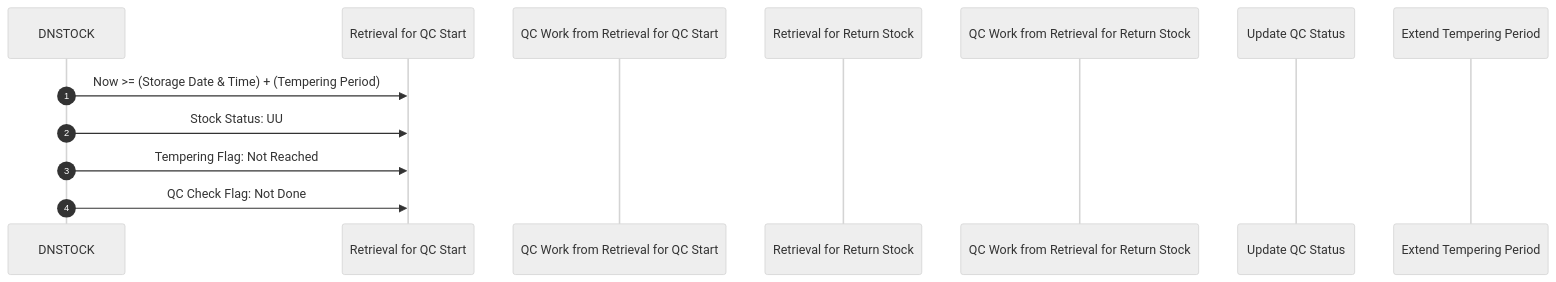
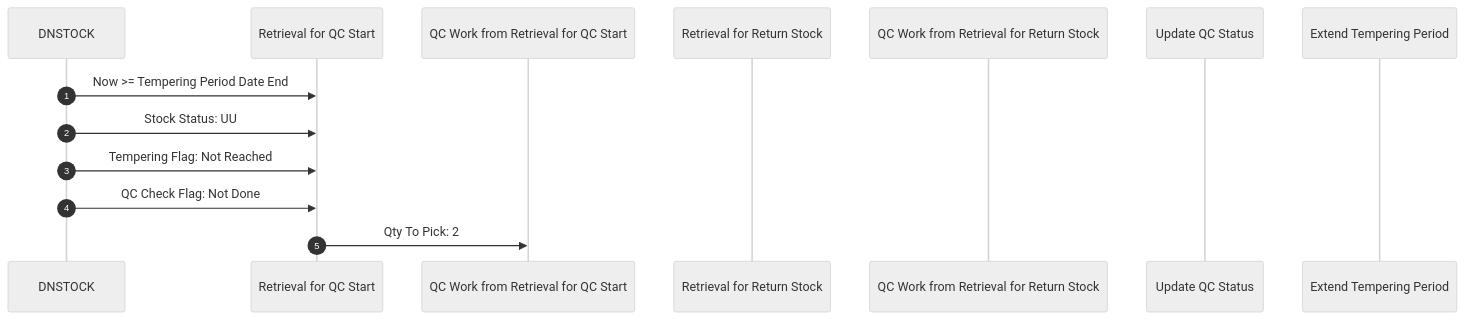
One commit to luthfiadityaa/SimeDarby-Wiki changed the diagram in Basic-Design/DFD-WMS/Retrieval/QC-Setting.md. Above: the diagram before and after it, drawn with Mermaid (neutral theme). The commit also changed other lines of this file, not shown here.

Commit message:
Updated QC Setting

```diff
--- a/Basic-Design/DFD-WMS/Retrieval/QC-Setting.md
+++ b/Basic-Design/DFD-WMS/Retrieval/QC-Setting.md
@@ -13,21 +11,23 @@
 ::: mermaid
 sequenceDiagram
     autonumber
 
     participant DNSTOCK
     participant Retrieval for QC Start
     participant QC Work from Retrieval for QC Start
     participant Retrieval for Return Stock
     participant QC Work from Retrieval for Return Stock
     participant Update QC Status
     participant Extend Tempering Period
 
     %% --- 1. Tempering Periods Passed ---
-    DNSTOCK ->> Retrieval for QC Start: Now >= (Storage Date & Time) + (Tempering Period)
+    DNSTOCK ->> Retrieval for QC Start: Now >= Tempering Period Date End
     DNSTOCK ->> Retrieval for QC Start: Stock Status: UU  
     DNSTOCK ->> Retrieval for QC Start: Tempering Flag: Not Reached 
     DNSTOCK ->> Retrieval for QC Start: QC Check Flag: Not Done
- 
+
+    %% --- 2. Tempering Periods Passed ---
+    Retrieval for QC Start ->> QC Work from Retrieval for QC Start: Qty To Pick: 2
 
 
 :::
```
